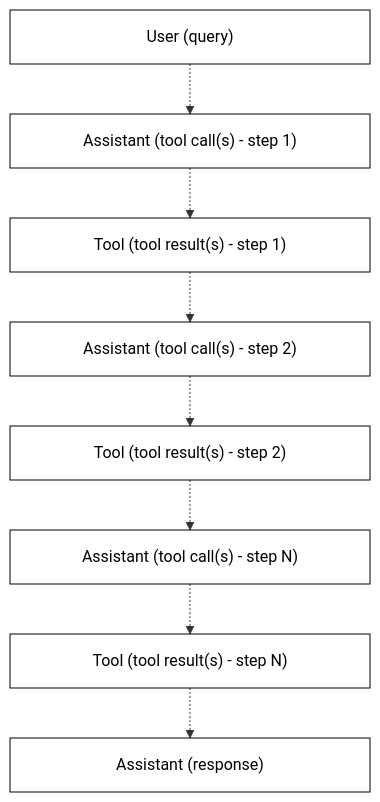
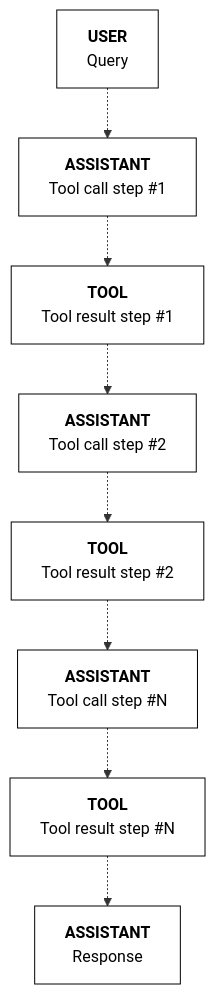
One commit to cohere-ai/cohere-developer-experience changed the third of 6 diagrams in fern/pages/v2/tool-use/tool-use-usage-patterns.mdx. Above: the diagram before and after it, drawn with Mermaid. The commit also changed other lines of this file and 4 other files, not shown here.

````diff
--- a/fern/pages/v2/tool-use/tool-use-usage-patterns.mdx
+++ b/fern/pages/v2/tool-use/tool-use-usage-patterns.mdx
@@ -411,29 +427,24 @@
 ```mermaid
 %%{init: {'htmlLabels': true}}%%
 flowchart TD
-    A["<div style='width:300px; text-align:center; color:black;'>User (query)</div>"]
-    B["<div style='width:300px; text-align:center; color:black;'>Assistant (tool call(s) - step 1)</div>"]
-    C["<div style='width:300px; text-align:center; color:black;'>Tool (tool result(s) - step 1)</div>"]
-    D["<div style='width:300px; text-align:center; color:black;'>Assistant (tool call(s) - step 2)</div>"]
-    E["<div style='width:300px; text-align:center; color:black;'>Tool (tool result(s) - step 2)</div>"]
-    F["<div style='width:300px; text-align:center; color:black;'>Assistant (tool call(s) - step N)</div>"]
-    G["<div style='width:300px; text-align:center; color:black;'>Tool (tool result(s) - step N)</div>"]
-    H["<div style='width:300px; text-align:center; color:black;'>Assistant (response)</div>"]
+    classDef defaultStyle fill:#fff,stroke:#000,color:#000;
 
-    A -.-> B
-    B -.-> C
-    C -.-> D
-    D -.-> E
-    E -.-> F
-    F -.-> G
-    G -.-> H
+    A["<div style='color:black;'><b>USER</b><br>Query</div>"]
+    B1["<div style='color:black;'><b>ASSISTANT</b><br>Tool call step #1</div>"]
+    C1["<div style='color:black;'><b>TOOL</b><br>Tool result step #1</div>"]
+    B2["<div style='color:black;'><b>ASSISTANT</b><br>Tool call step #2</div>"]
+    C2["<div style='color:black;'><b>TOOL</b><br>Tool result step #2</div>"]
+    BN["<div style='color:black;'><b>ASSISTANT</b><br>Tool call step #N</div>"]
+    CN["<div style='color:black;'><b>TOOL</b><br>Tool result step #N</div>"]
+    D["<div style='color:black;'><b>ASSISTANT</b><br>Response</div>"]
 
-    style A fill:#fff,stroke:#000,color:#000
-    style B fill:#fff,stroke:#000,color:#000
-    style C fill:#fff,stroke:#000,color:#000
-    style D fill:#fff,stroke:#000,color:#000
-    style E fill:#fff,stroke:#000,color:#000
-    style F fill:#fff,stroke:#000,color:#000
-    style G fill:#fff,stroke:#000,color:#000
-    style H fill:#fff,stroke:#000,color:#000
+    A -.-> B1
+    B1 -.-> C1
+    C1 -.-> B2
+    B2 -.-> C2
+    C2 -.-> BN
+    BN -.-> CN
+    CN -.-> D
+
+    class A,B1,C1,B2,C2,BN,CN,D defaultStyle;
 ```
````
